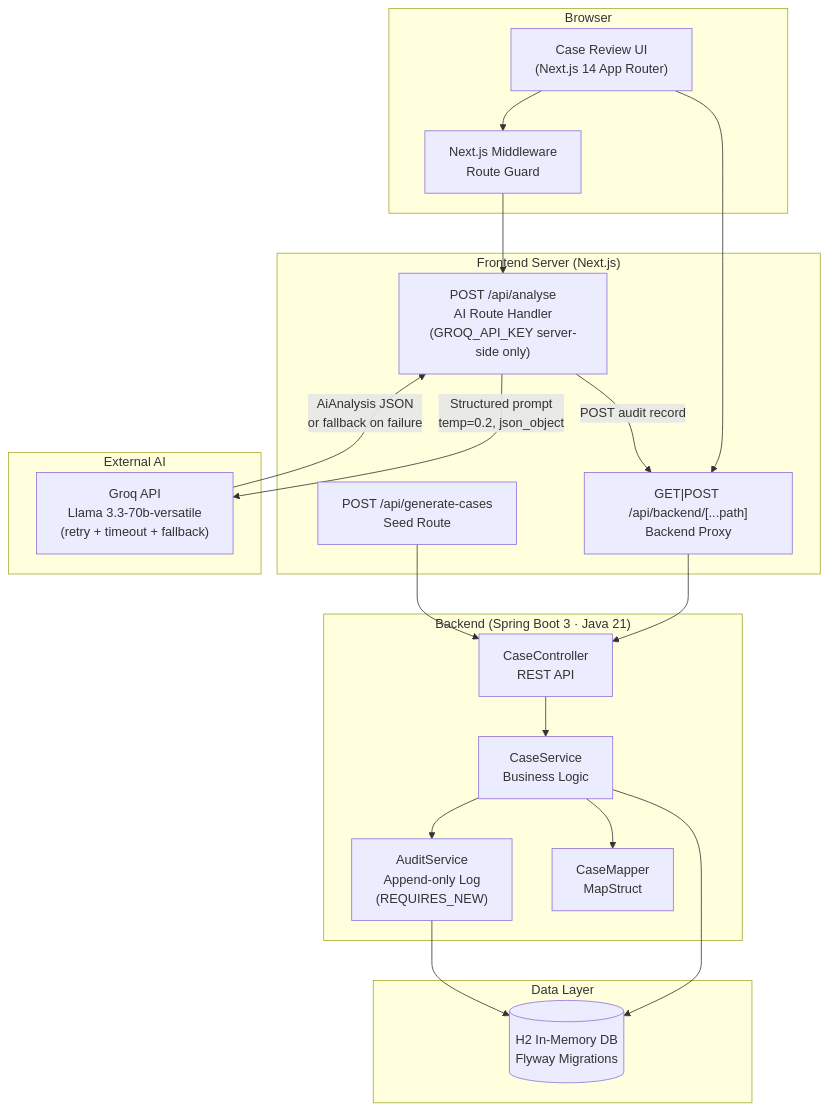
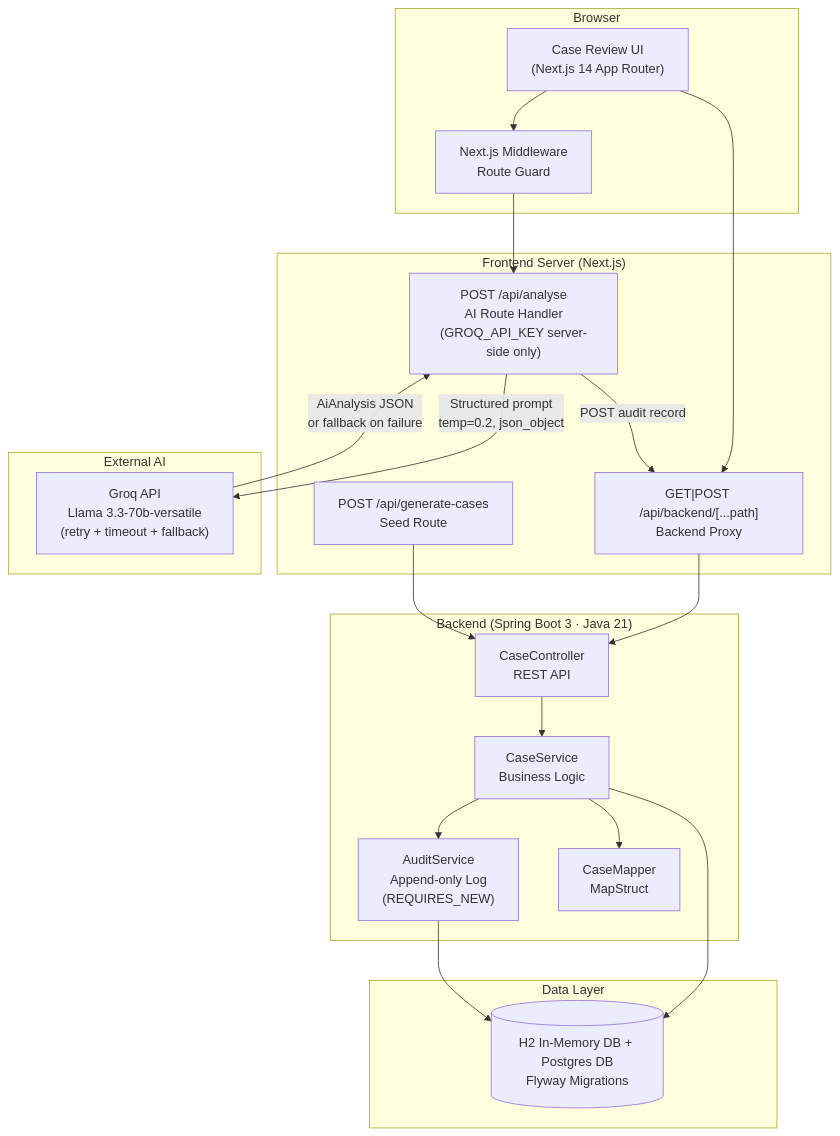
One commit to TheoQQQQ/bankops-agent-console changed the diagram in README.md. Above: the diagram before and after it, drawn with Mermaid. The commit also changed 2 other files, not shown here.

Commit message:
fix: remove console.log from proxy, remove demo credentials from UI, enforce min rationale length on backend

````diff
--- a/README.md
+++ b/README.md
@@ -18,41 +18,41 @@
 ```mermaid
 graph TB
     subgraph Browser["Browser"]
         UI["Case Review UI\n(Next.js 14 App Router)"]
         MW["Next.js Middleware\nRoute Guard"]
     end
 
     subgraph Frontend["Frontend Server (Next.js)"]
         ANALYSE["POST /api/analyse\nAI Route Handler\n(GROQ_API_KEY server-side only)"]
         PROXY["GET|POST /api/backend/[...path]\nBackend Proxy"]
         GEN["POST /api/generate-cases\nSeed Route"]
     end
 
     subgraph Backend["Backend (Spring Boot 3 · Java 21)"]
         CTRL["CaseController\nREST API"]
         SVC["CaseService\nBusiness Logic"]
         AUDIT["AuditService\nAppend-only Log\n(REQUIRES_NEW)"]
         MAPPER["CaseMapper\nMapStruct"]
     end
 
     subgraph Data["Data Layer"]
-        DB[("H2 In-Memory DB\nFlyway Migrations")]
+        DB[("H2 In-Memory DB + Postgres DB\nFlyway Migrations")]
     end
 
     subgraph AI["External AI"]
         GROQ["Groq API\nLlama 3.3-70b-versatile\n(retry + timeout + fallback)"]
     end
 
     UI --> MW --> ANALYSE
     UI --> PROXY
     ANALYSE -->|"Structured prompt\ntemp=0.2, json_object"| GROQ
     GROQ -->|"AiAnalysis JSON\nor fallback on failure"| ANALYSE
     ANALYSE -->|"POST audit record"| PROXY
     PROXY --> CTRL
     GEN --> CTRL
     CTRL --> SVC
     SVC --> MAPPER
     SVC --> AUDIT
     SVC --> DB
     AUDIT --> DB
 ```
````
